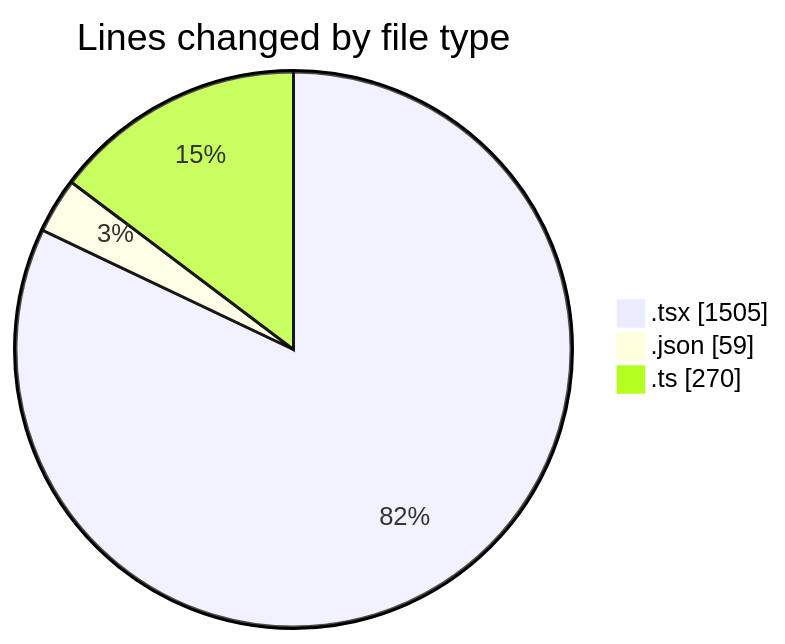
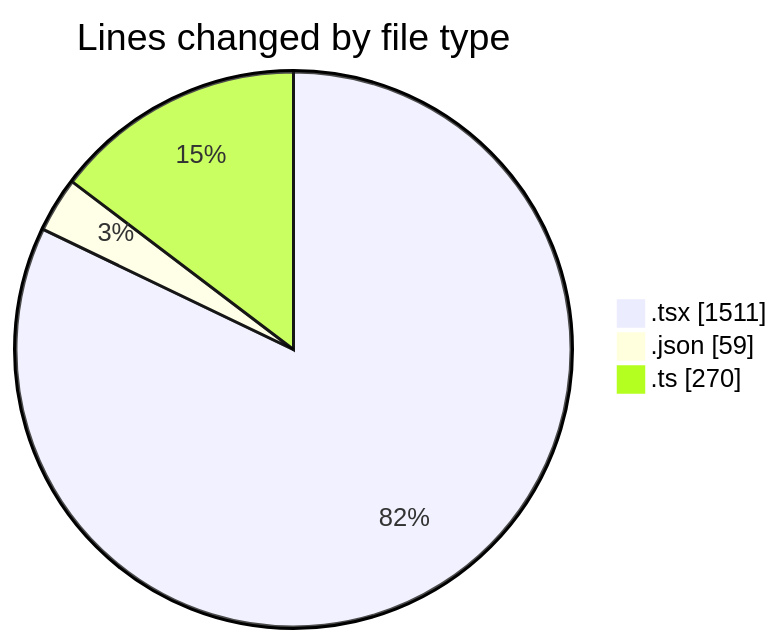
One commit to momahboobian/code-tracking changed the first of 2 diagrams in 2025-11-24/cda/README.md. Above: the diagram before and after it, drawn with Mermaid. The commit also changed other lines of this file and 1 other file, not shown here.

````diff
--- a/2025-11-24/cda/README.md
+++ b/2025-11-24/cda/README.md
@@ -28,7 +28,7 @@
 ```mermaid
 pie showData
 title Lines changed by file type
-".tsx" : 1505
+".tsx" : 1511
 ".json" : 59
 ".ts" : 270
 ```
````
